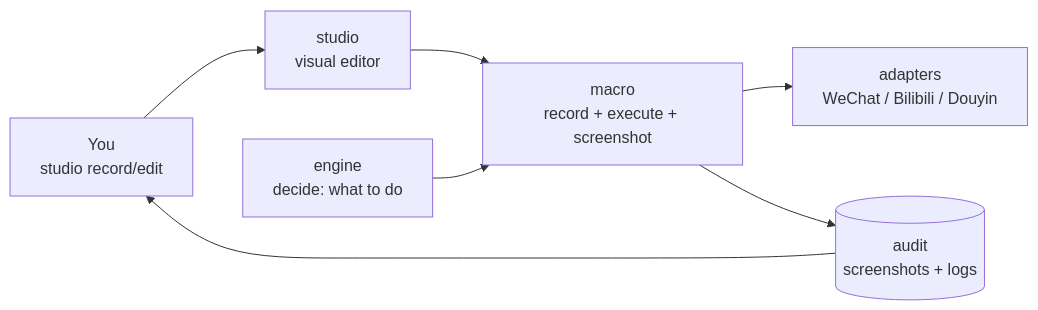
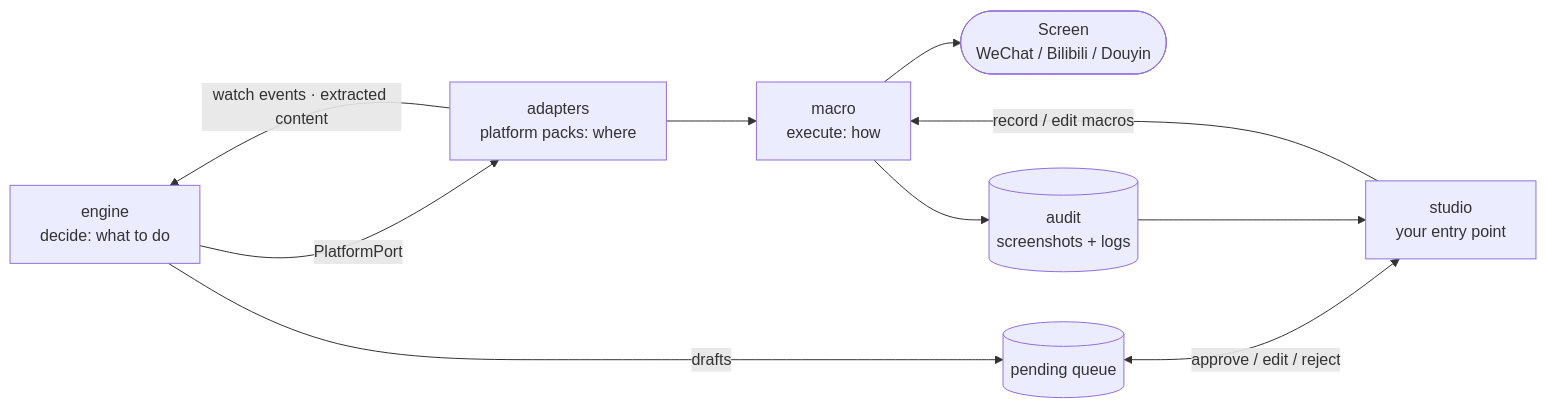
The second of 3 diagrams in README.md (joshua1688/cyber-worker), drawn with Mermaid before and after one commit. The commit also changed other lines of this file and 87 other files, not shown here.

First line of the commit message:
feat: macro minimal loop + studio web editor and audit page

````diff
--- a/README.md
+++ b/README.md
@@ -86,9 +95,12 @@
 ```mermaid
 flowchart LR
-    U["You<br/>studio record/edit"] --> S["studio<br/>visual editor"]
-    S --> M["macro<br/>record + execute + screenshot"]
-    E["engine<br/>decide: what to do"] --> M
-    M --> A["adapters<br/>WeChat / Bilibili / Douyin"]
+    E["engine<br/>decide: what to do"] -->|PlatformPort| A["adapters<br/>platform packs: where"]
+    A --> M["macro<br/>execute: how"]
+    M --> SCR(["Screen<br/>WeChat / Bilibili / Douyin"])
+    A -->|watch events · extracted content| E
+    E -->|drafts| Q[("pending queue")]
+    Q <-->|approve / edit / reject| S["studio<br/>your entry point"]
+    S -->|record / edit macros| M
     M --> R[("audit<br/>screenshots + logs")]
-    R --> U
+    R --> S
 ```
````
